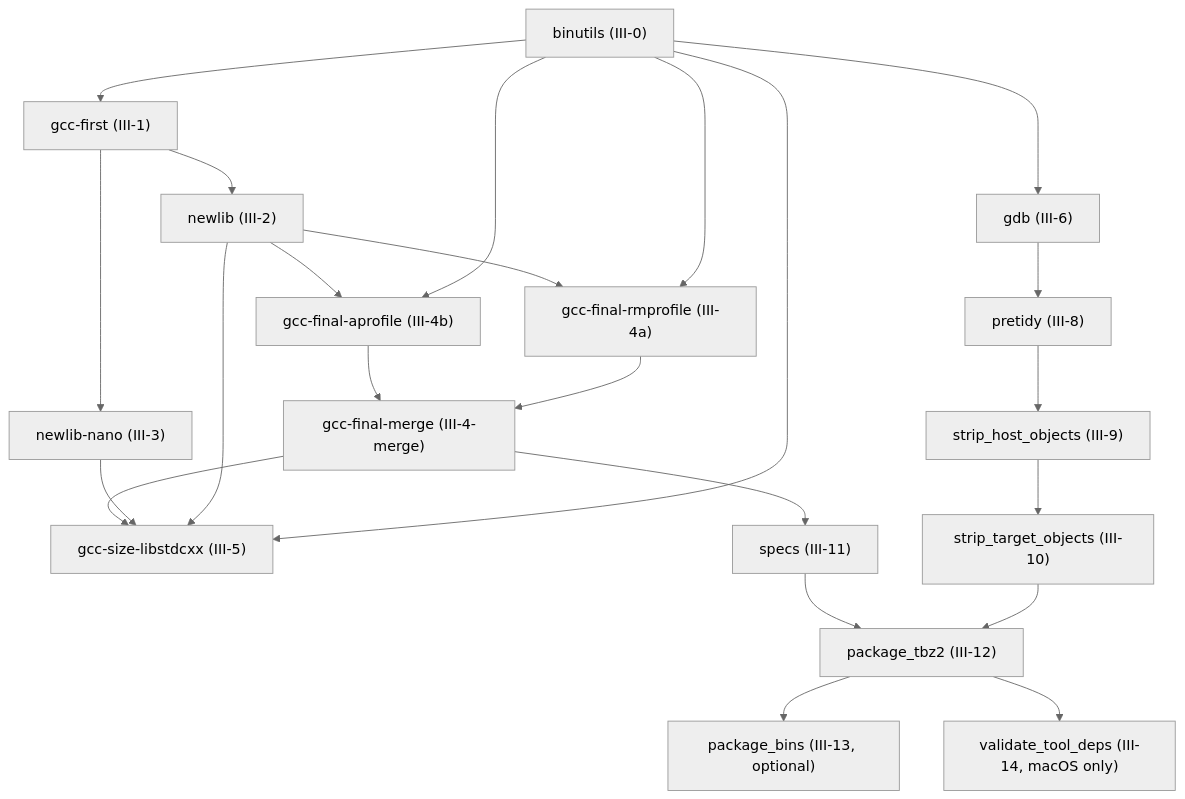
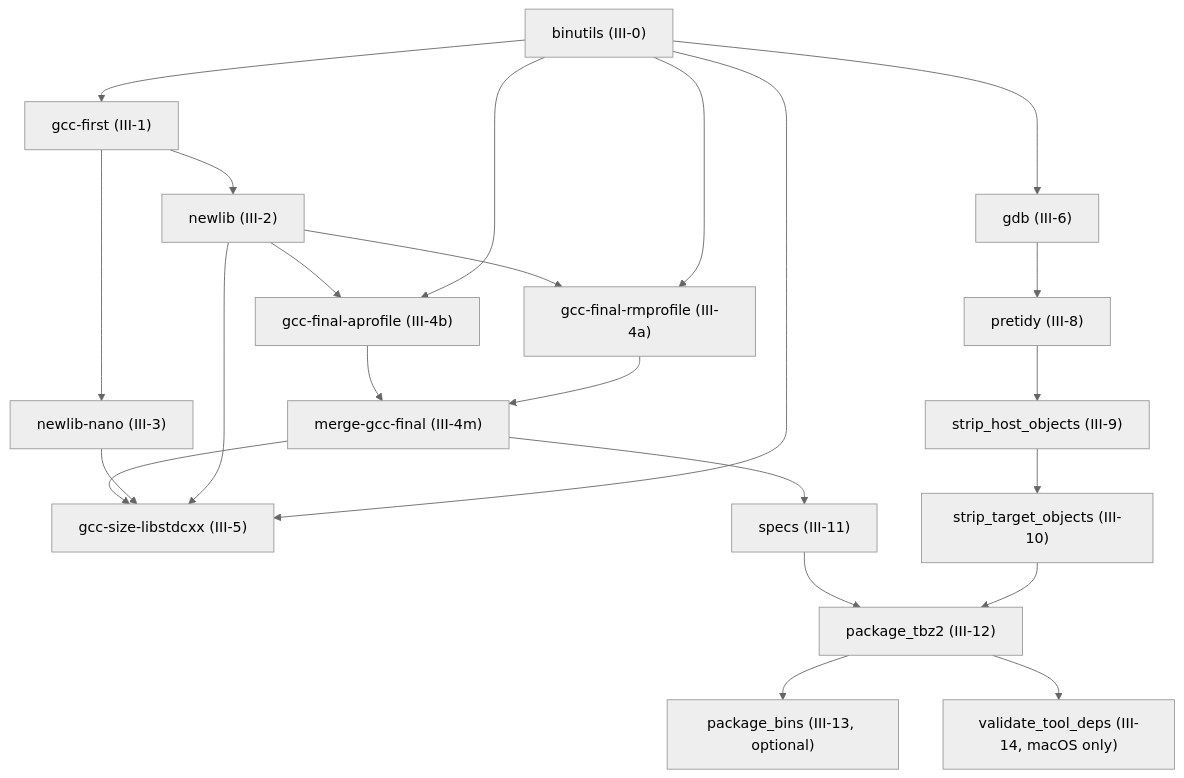
Before and after one commit to grahame-org/gnu-tools-for-stm32: the diagram in docs/build-stages.md, drawn with Mermaid (neutral theme). The commit also changed other lines of this file, not shown here.

First line of the commit message:
docs: update build-stages.md for parallel gcc-final split and merge step

````diff
--- a/docs/build-stages.md
+++ b/docs/build-stages.md
@@ -475,42 +520,42 @@
 ```mermaid
 flowchart TD
     A["binutils (III-0)"]
     B["gcc-first (III-1)"]
     C["newlib (III-2)"]
     D["newlib-nano (III-3)"]
     E1["gcc-final-rmprofile (III-4a)"]
     E2["gcc-final-aprofile (III-4b)"]
-    EM["gcc-final-merge (III-4-merge)"]
+    EM["merge-gcc-final (III-4m)"]
     F["gcc-size-libstdcxx (III-5)"]
     G["gdb (III-6)"]
     H["pretidy (III-8)"]
     I["strip_host_objects (III-9)"]
     J["strip_target_objects (III-10)"]
     K["specs (III-11)"]
     L["package_tbz2 (III-12)"]
     M["package_bins (III-13, optional)"]
     N["validate_tool_deps (III-14, macOS only)"]
 
     A --> B
     A --> E1
     A --> E2
     A --> F
     A --> G
     B --> C
     B --> D
     C --> E1
     C --> E2
     C --> F
     D --> F
     E1 --> EM
     E2 --> EM
     EM --> F
     EM --> K
     G --> H
     H --> I
     I --> J
     J --> L
     K --> L
     L --> M
     L --> N
 ```
````
